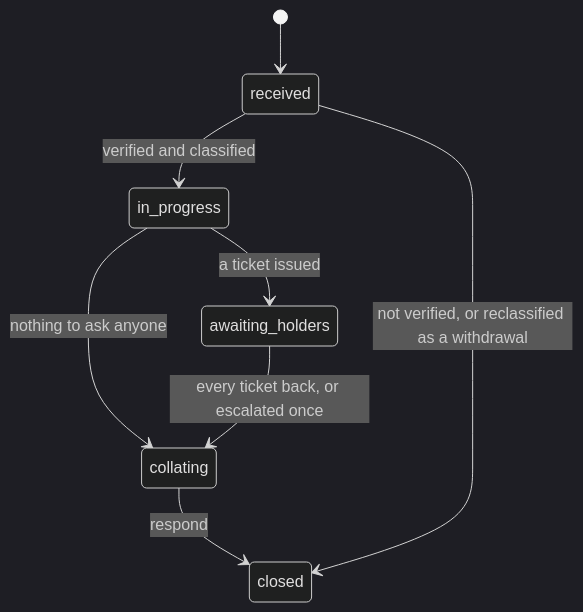
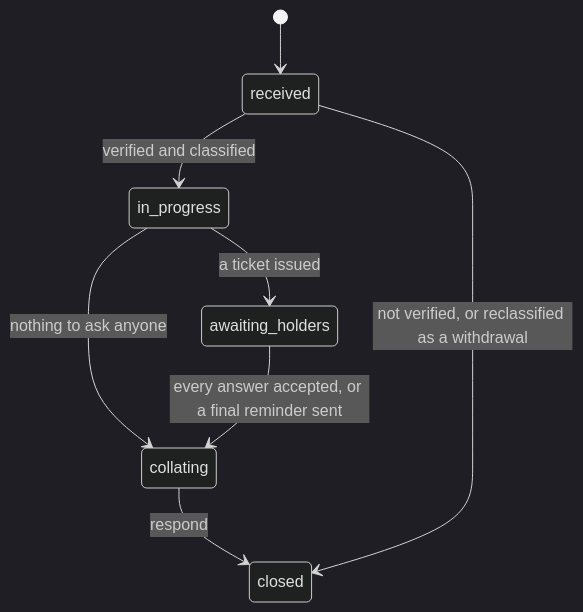
The diagram in docs/domain/rights-requests.md (pranaldongare/COMPASS_CMP), drawn with Mermaid (dark theme) before and after one commit. The commit also changed other lines of this file and 84 other files, not shown here.

````diff
--- a/docs/domain/rights-requests.md
+++ b/docs/domain/rights-requests.md
@@ -79,10 +79,10 @@
 ```mermaid
 stateDiagram-v2
   [*] --> received
   received --> in_progress: verified and classified
   in_progress --> awaiting_holders: a ticket issued
   in_progress --> collating: nothing to ask anyone
-  awaiting_holders --> collating: every ticket back, or escalated once
+  awaiting_holders --> collating: every answer accepted, or a final reminder sent
   collating --> closed: respond
   received --> closed: not verified, or reclassified as a withdrawal
 ```
````
